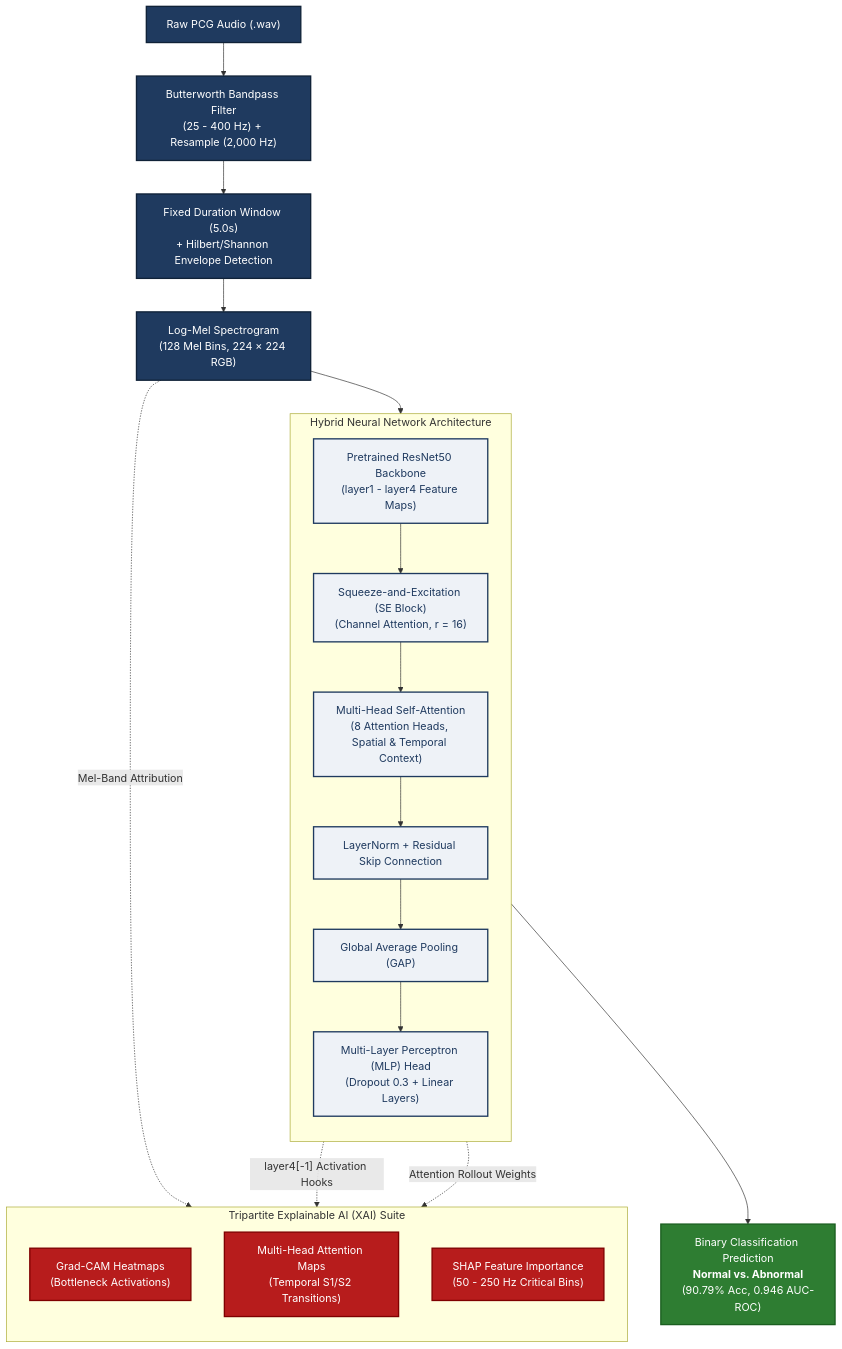
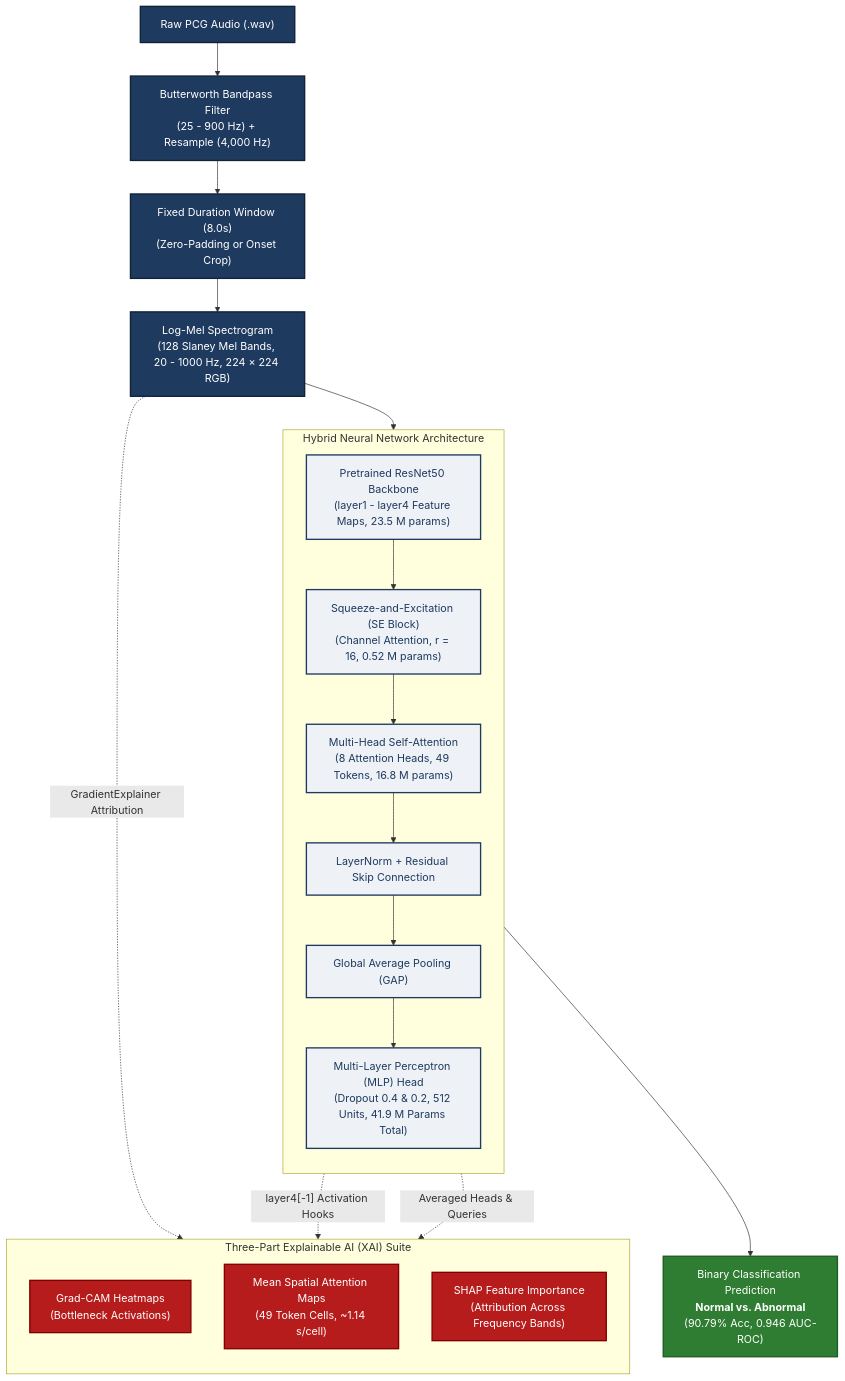
Before and after one commit to urvagandhi/heart-sound-analysis: the diagram in README.md, drawn with Mermaid. The commit also changed other lines of this file and 28 other files, not shown here.

````diff
--- a/README.md
+++ b/README.md
@@ -28,41 +28,41 @@
 ```mermaid
 graph TD
-    A["Raw PCG Audio (.wav)"] --> B["Butterworth Bandpass Filter<br/>(25 - 400 Hz) + Resample (2,000 Hz)"]
-    B --> C["Fixed Duration Window (5.0s)<br/>+ Hilbert/Shannon Envelope Detection"]
-    C --> D["Log-Mel Spectrogram<br/>(128 Mel Bins, 224 × 224 RGB)"]
+    A["Raw PCG Audio (.wav)"] --> B["Butterworth Bandpass Filter<br/>(25 - 900 Hz) + Resample (4,000 Hz)"]
+    B --> C["Fixed Duration Window (8.0s)<br/>(Zero-Padding or Onset Crop)"]
+    C --> D["Log-Mel Spectrogram<br/>(128 Slaney Mel Bands, 20 - 1000 Hz, 224 × 224 RGB)"]
     
     subgraph HNN ["Hybrid Neural Network Architecture"]
         direction TB
-        E["Pretrained ResNet50 Backbone<br/>(layer1 - layer4 Feature Maps)"]
-        --> F["Squeeze-and-Excitation (SE Block)<br/>(Channel Attention, r = 16)"]
-        F --> G["Multi-Head Self-Attention<br/>(8 Attention Heads, Spatial & Temporal Context)"]
+        E["Pretrained ResNet50 Backbone<br/>(layer1 - layer4 Feature Maps, 23.5 M params)"]
+        --> F["Squeeze-and-Excitation (SE Block)<br/>(Channel Attention, r = 16, 0.52 M params)"]
+        F --> G["Multi-Head Self-Attention<br/>(8 Attention Heads, 49 Tokens, 16.8 M params)"]
         G --> H["LayerNorm + Residual Skip Connection"]
         H --> I["Global Average Pooling (GAP)"]
-        I --> J["Multi-Layer Perceptron (MLP) Head<br/>(Dropout 0.3 + Linear Layers)"]
+        I --> J["Multi-Layer Perceptron (MLP) Head<br/>(Dropout 0.4 & 0.2, 512 Units, 41.9 M Params Total)"]
     end
 
     D --> E
 
     J --> K["Binary Classification Prediction<br/><b>Normal vs. Abnormal</b><br/>(90.79% Acc, 0.946 AUC-ROC)"]
     
     E -.->|"layer4[-1] Activation Hooks"| L1["Grad-CAM Heatmaps<br/>(Bottleneck Activations)"]
-    G -.->|"Attention Rollout Weights"| L2["Multi-Head Attention Maps<br/>(Temporal S1/S2 Transitions)"]
-    D -.->|"Mel-Band Attribution"| L3["SHAP Feature Importance<br/>(50 - 250 Hz Critical Bins)"]
+    G -.->|"Averaged Heads & Queries"| L2["Mean Spatial Attention Maps<br/>(49 Token Cells, ~1.14 s/cell)"]
+    D -.->|"GradientExplainer Attribution"| L3["SHAP Feature Importance<br/>(Attribution Across Frequency Bands)"]
 
-    subgraph XAI ["Tripartite Explainable AI (XAI) Suite"]
+    subgraph XAI ["Three-Part Explainable AI (XAI) Suite"]
         direction TB
         L1
         L2
         L3
     end
 
     classDef primary fill:#1f3a5f,stroke:#102238,stroke-width:2px,color:#ffffff;
     classDef model fill:#eef2f7,stroke:#1f3a5f,stroke-width:2px,color:#1f3a5f;
     classDef output fill:#2e7d32,stroke:#1b5e20,stroke-width:2px,color:#ffffff;
     classDef xai fill:#b71c1c,stroke:#7f0000,stroke-width:2px,color:#ffffff;
 
     class A,B,C,D primary;
     class E,F,G,H,I,J model;
     class K output;
     class L1,L2,L3 xai;
 ```
````
